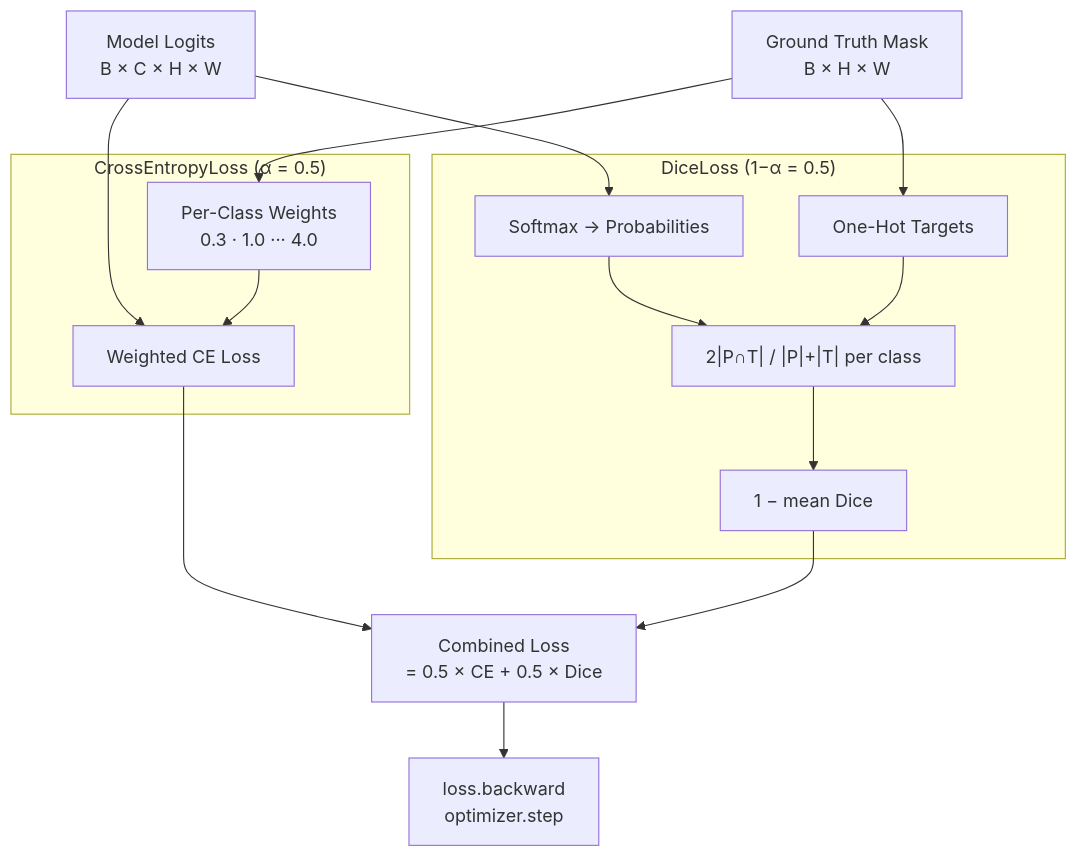
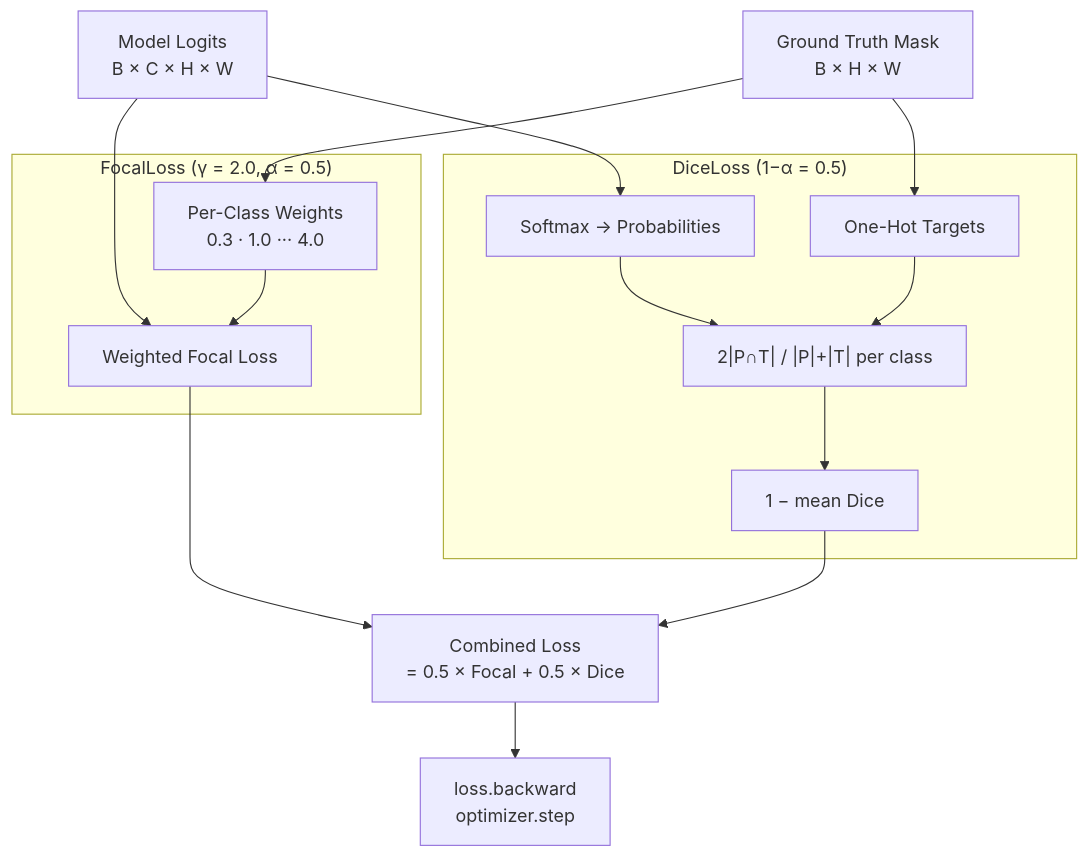
Before and after one commit to Nikhil-Mundhra/OCT-Analyser-Capstone: the second of 4 diagrams in image-segmentation-model-training/Documentation/training_guide.md, drawn with Mermaid. The commit also changed other lines of this file and 61 other files, not shown here.

````diff
--- a/image-segmentation-model-training/Documentation/training_guide.md
+++ b/image-segmentation-model-training/Documentation/training_guide.md
@@ -62,31 +62,31 @@
 ```mermaid
 flowchart TD
     logits["Model Logits\nB × C × H × W"]
     targets["Ground Truth Mask\nB × H × W"]
 
-    subgraph CE ["CrossEntropyLoss  (α = 0.5)"]
+    subgraph CE ["FocalLoss  (γ = 2.0, α = 0.5)"]
         weights["Per-Class Weights\n0.3 · 1.0 ··· 4.0"]
-        ce_loss["Weighted CE Loss"]
+        ce_loss["Weighted Focal Loss"]
         weights --> ce_loss
     end
 
     subgraph Dice ["DiceLoss  (1−α = 0.5)"]
         smx["Softmax → Probabilities"]
         oh["One-Hot Targets"]
         overlap["2|P∩T| / |P|+|T|  per class"]
         mean_dice["1 − mean Dice"]
         smx --> overlap
         oh --> overlap --> mean_dice
     end
 
-    combined["Combined Loss\n= 0.5 × CE + 0.5 × Dice"]
+    combined["Combined Loss\n= 0.5 × Focal + 0.5 × Dice"]
     backward["loss.backward\noptimizer.step"]
 
     logits --> ce_loss
     logits --> smx
     targets --> weights
     targets --> oh
     ce_loss --> combined
     mean_dice --> combined
     combined --> backward
 ```
````
